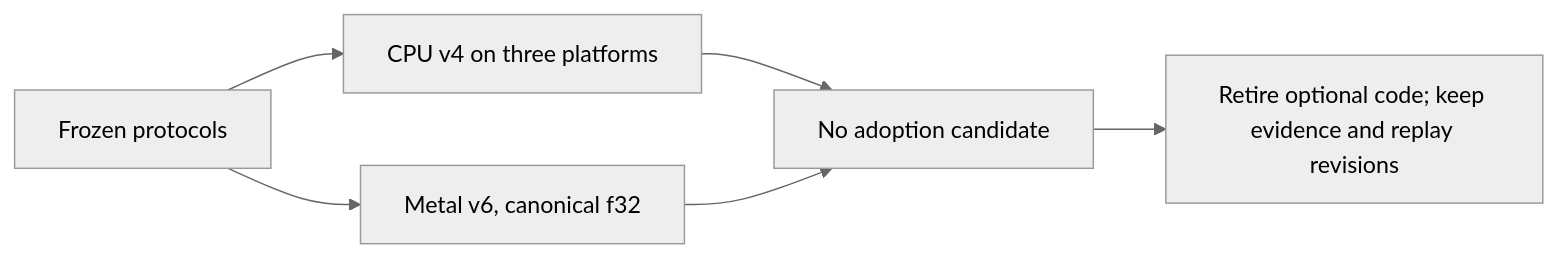
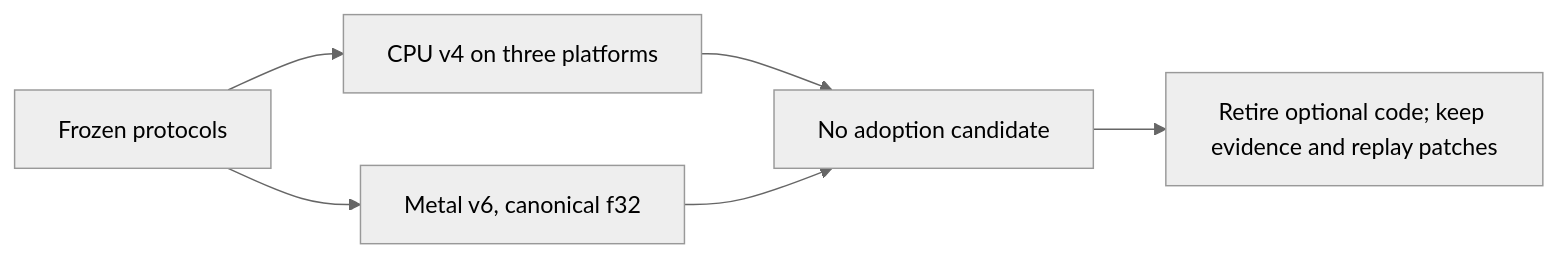
One commit to stSoftwareAU/NEAT-AI-core changed the diagram in docs/archive/pr-summaries/pr-summary-758.md. Above: the diagram before and after it, drawn with Mermaid (neutral theme). The commit also changed other lines of this file, not shown here.

First line of the commit message:
Record the squash and replay patches in the #758 summary

````diff
--- a/docs/archive/pr-summaries/pr-summary-758.md
+++ b/docs/archive/pr-summaries/pr-summary-758.md
@@ -89,8 +97,8 @@
 ```mermaid
 flowchart LR
     P[Frozen protocols] --> C[CPU v4 on three platforms]
     P --> M[Metal v6, canonical f32]
     C --> A[No adoption candidate]
     M --> A
-    A --> R[Retire optional code; keep evidence and replay revisions]
+    A --> R[Retire optional code; keep evidence and replay patches]
 ```
````
